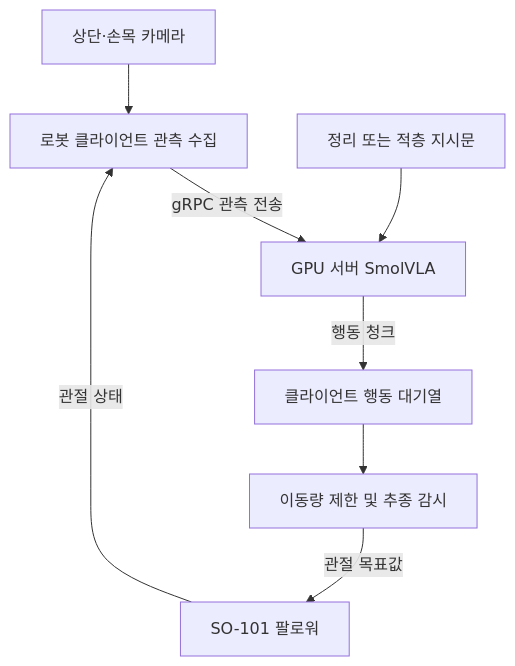
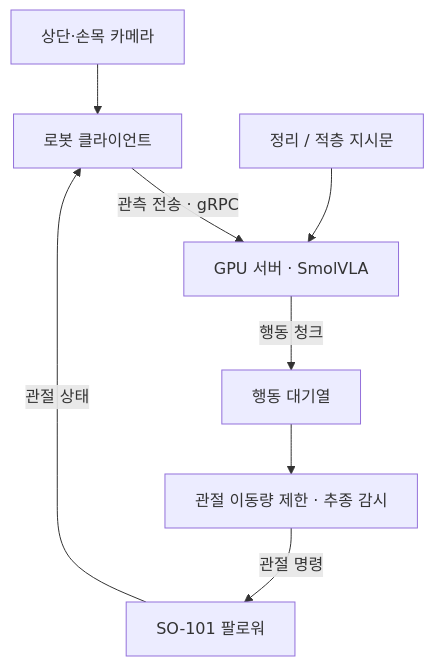
The first of 3 diagrams in README.md (pnucse-capstone2026/capstone-2026-team-37), drawn with Mermaid before and after one commit. The commit also changed other lines of this file, not shown here.

````diff
--- a/README.md
+++ b/README.md
@@ -79,10 +67,10 @@
 ```mermaid
 flowchart TD
-    C["상단·손목 카메라"] --> O["로봇 클라이언트 관측 수집"]
+    C["상단·손목 카메라"] --> O["로봇 클라이언트"]
     R["SO-101 팔로워"] -->|관절 상태| O
-    O -->|gRPC 관측 전송| P["GPU 서버 SmolVLA"]
-    T["정리 또는 적층 지시문"] --> P
-    P -->|행동 청크| Q["클라이언트 행동 대기열"]
-    Q --> S["이동량 제한 및 추종 감시"]
-    S -->|관절 목표값| R
+    O -->|관측 전송 · gRPC| P["GPU 서버 · SmolVLA"]
+    T["정리 / 적층 지시문"] --> P
+    P -->|행동 청크| Q["행동 대기열"]
+    Q --> S["관절 이동량 제한 · 추종 감시"]
+    S -->|관절 명령| R
 ```
````
